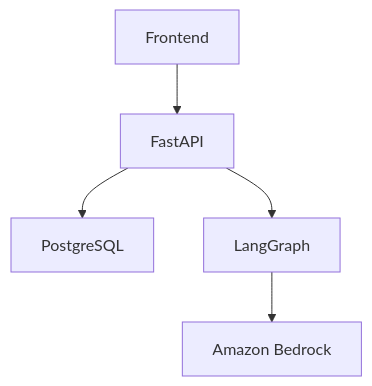
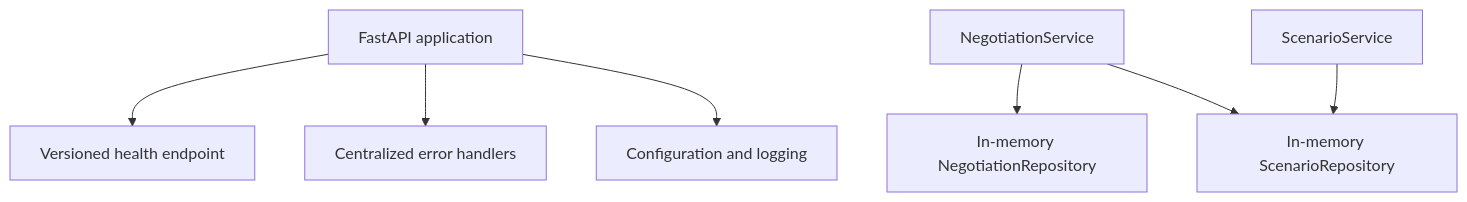
The diagram in README.md (bikash-singhal/negotia), drawn with Mermaid before and after one commit. The commit also changed other lines of this file and 4 other files, not shown here.

````diff
--- a/README.md
+++ b/README.md
@@ -34,10 +30,10 @@
 ```mermaid
 flowchart TD
-    Frontend["Frontend"] --> FastAPI["FastAPI"]
+    FastAPI["FastAPI application"] --> Health["Versioned health endpoint"]
+    FastAPI --> Errors["Centralized error handlers"]
+    FastAPI --> Config["Configuration and logging"]
 
-    FastAPI --> PostgreSQL["PostgreSQL"]
-
-    FastAPI --> LangGraph["LangGraph"]
-
-    LangGraph --> Bedrock["Amazon Bedrock"]
+    NegotiationService["NegotiationService"] --> NegotiationRepository["In-memory NegotiationRepository"]
+    NegotiationService --> ScenarioRepository["In-memory ScenarioRepository"]
+    ScenarioService["ScenarioService"] --> ScenarioRepository
 ```
````
